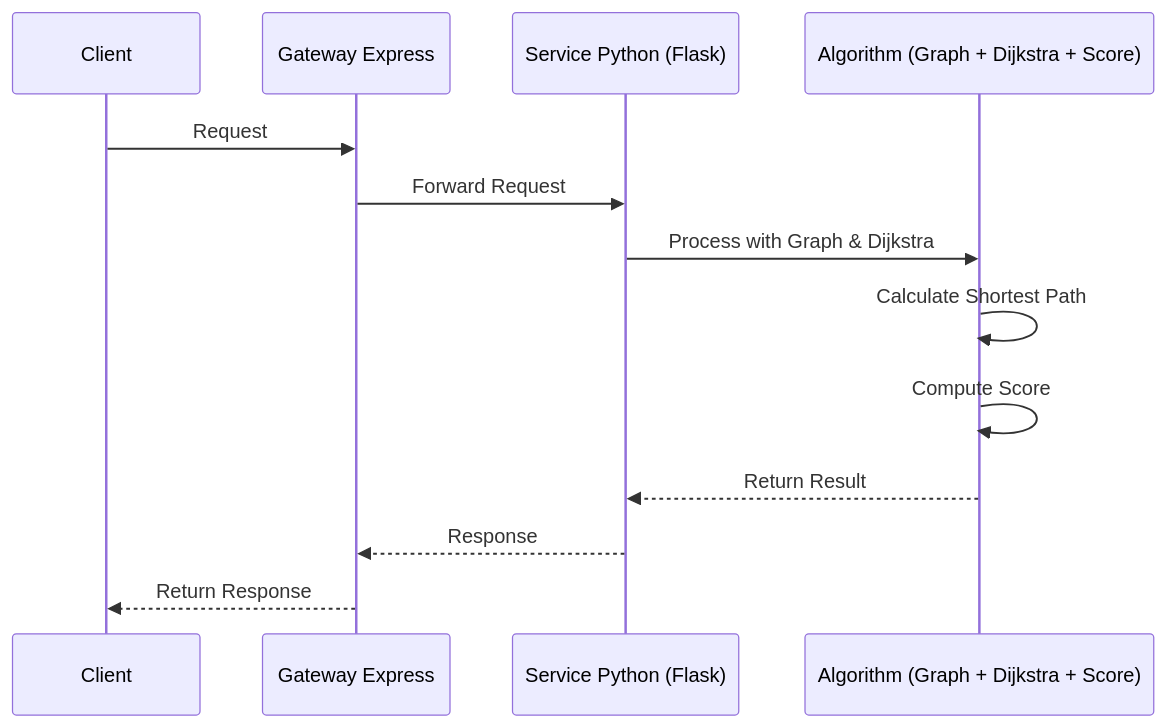
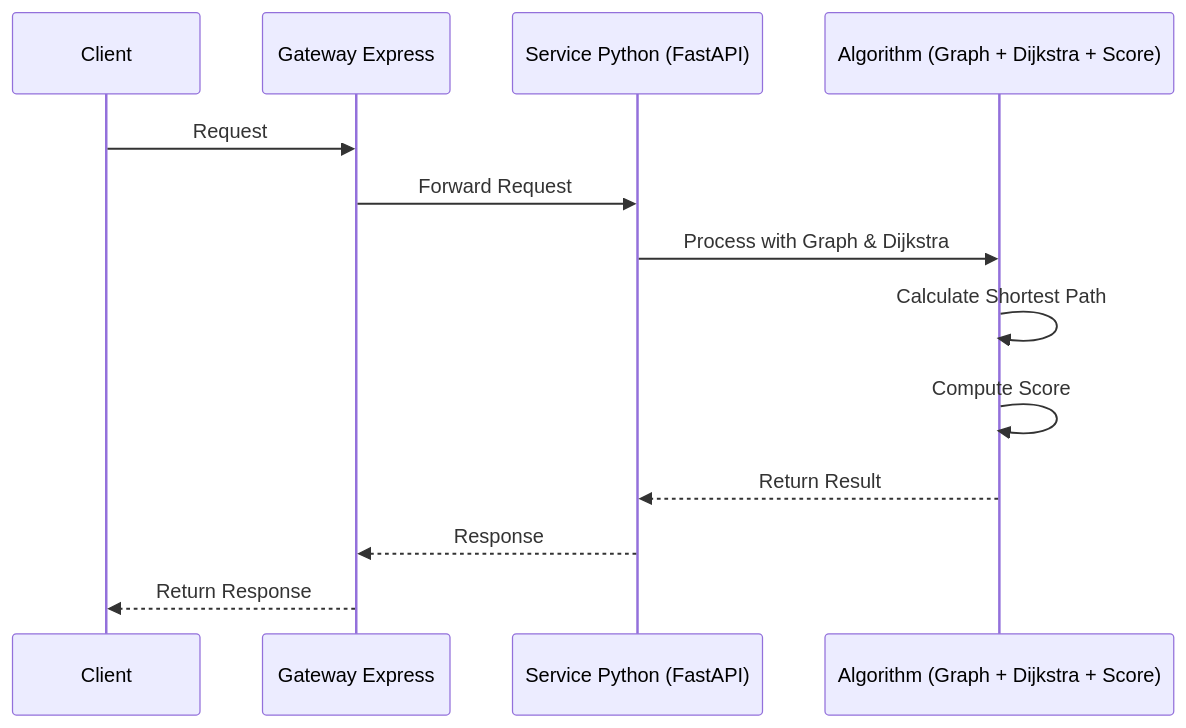
The diagram in feuille_de_route.md (tomtoomuch/energIA), drawn with Mermaid before and after one commit. The commit also changed other lines of this file and 14 other files, not shown here.

````diff
--- a/feuille_de_route.md
+++ b/feuille_de_route.md
@@ -94,20 +94,20 @@
 ```mermaid
 ---
 config:
   layout: elk
 ---
 sequenceDiagram
     participant Client
     participant GatewayExpress as Gateway Express
-    participant ServicePython as Service Python (Flask)
+    participant ServicePython as Service Python (FastAPI)
     participant Algorithm as Algorithm (Graph + Dijkstra + Score)
 
     Client->>GatewayExpress: Request
     GatewayExpress->>ServicePython: Forward Request
     ServicePython->>Algorithm: Process with Graph & Dijkstra
     Algorithm->>Algorithm: Calculate Shortest Path
     Algorithm->>Algorithm: Compute Score
     Algorithm-->>ServicePython: Return Result
     ServicePython-->>GatewayExpress: Response
     GatewayExpress-->>Client: Return Response
 ```
````
